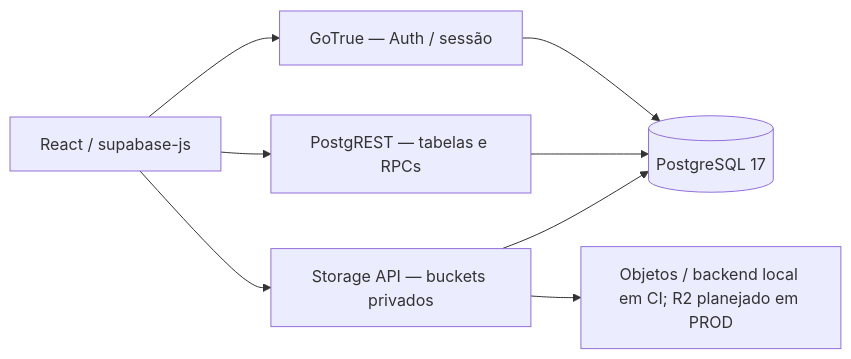
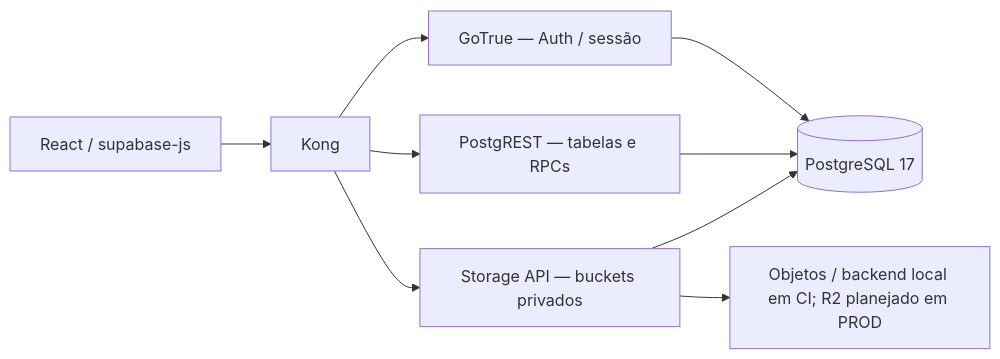
The diagram in docs/architecture/API_CONTRACTS.md (The-Vonky/Gaucha-Gestao), drawn with Mermaid before and after one commit. The commit also changed other lines of this file and 27 other files, not shown here.

```diff
--- a/docs/architecture/API_CONTRACTS.md
+++ b/docs/architecture/API_CONTRACTS.md
@@ -9,10 +9,11 @@
 ~~~mermaid
 flowchart LR
-  UI["React / supabase-js"] --> AUTH["GoTrue — Auth / sessão"]
-  UI --> API["PostgREST — tabelas e RPCs"]
-  UI --> ST["Storage API — buckets privados"]
+  UI["React / supabase-js"] --> KONG["Kong"]
+  KONG --> AUTH["GoTrue — Auth / sessão"]
+  KONG --> API["PostgREST — tabelas e RPCs"]
+  KONG --> ST["Storage API — buckets privados"]
   AUTH --> PG[("PostgreSQL 17")]
   API --> PG
   ST --> PG
   ST --> OBJ["Objetos / backend local em CI; R2 planejado em PROD"]
 ~~~
```
